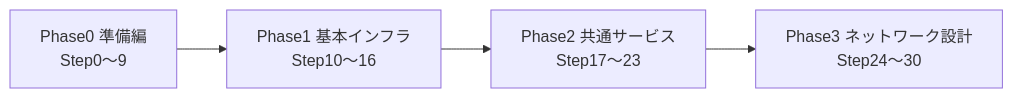
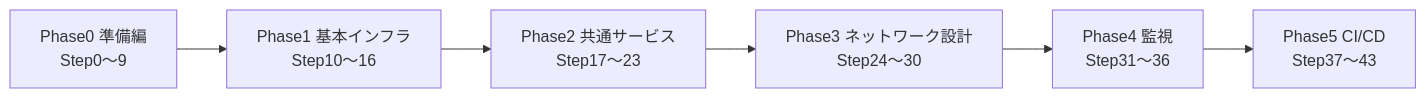
The diagram in GETTING_STARTED.md (Taiyaki64/Azure-Common-Platform), drawn with Mermaid before and after one commit. The commit also changed other lines of this file and 22 other files, not shown here.

````diff
--- a/GETTING_STARTED.md
+++ b/GETTING_STARTED.md
@@ -12,4 +14,4 @@
 ```mermaid
 flowchart LR
-    P0["Phase0 準備編<br>Step0〜9"] --> P1["Phase1 基本インフラ<br>Step10〜16"] --> P2["Phase2 共通サービス<br>Step17〜23"] --> P3["Phase3 ネットワーク設計<br>Step24〜30"]
+    P0["Phase0 準備編<br>Step0〜9"] --> P1["Phase1 基本インフラ<br>Step10〜16"] --> P2["Phase2 共通サービス<br>Step17〜23"] --> P3["Phase3 ネットワーク設計<br>Step24〜30"] --> P4["Phase4 監視<br>Step31〜36"] --> P5["Phase5 CI/CD<br>Step37〜43"]
 ```
````
